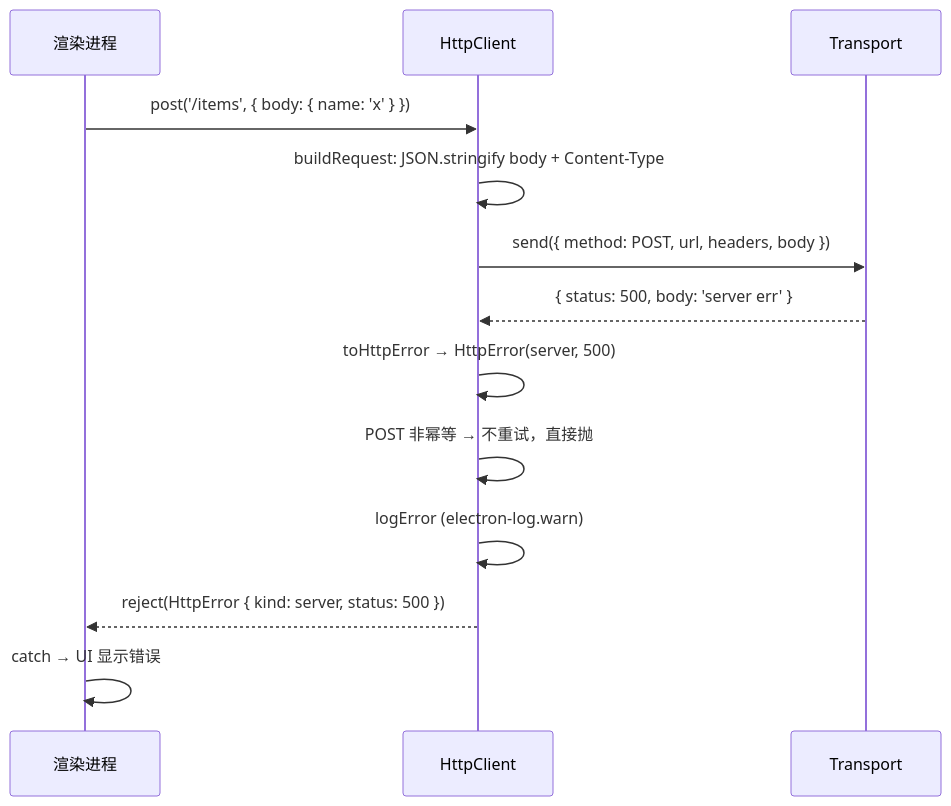
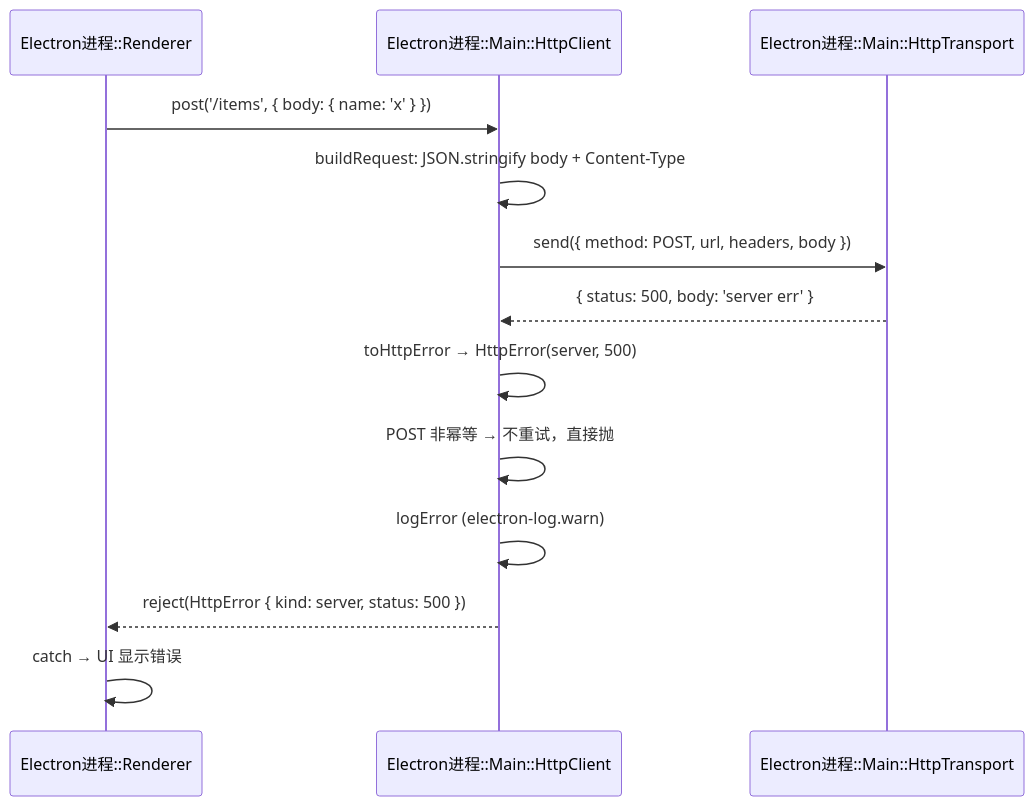
One commit to lupnfer/vue_with_csdk changed diagram 11 of 12 in docs/architecture-diagrams.md. Above: the diagram before and after it, drawn with Mermaid. The commit also changed other lines of this file, not shown here.

Commit message:
docs: 统一时序图 participant 命名为 Electron进程::模块 格式

````diff
--- a/docs/architecture-diagrams.md
+++ b/docs/architecture-diagrams.md
@@ -539,16 +539,16 @@
 ```mermaid
 sequenceDiagram
-    participant R as 渲染进程
-    participant H as HttpClient
-    participant T as Transport
+    participant R as Electron进程::Renderer
+    participant H as Electron进程::Main::HttpClient
+    participant T as Electron进程::Main::HttpTransport
 
     R->>H: post('/items', { body: { name: 'x' } })
     H->>H: buildRequest: JSON.stringify body + Content-Type
     H->>T: send({ method: POST, url, headers, body })
     T-->>H: { status: 500, body: 'server err' }
     H->>H: toHttpError → HttpError(server, 500)
     H->>H: POST 非幂等 → 不重试，直接抛
     H->>H: logError (electron-log.warn)
     H-->>R: reject(HttpError { kind: server, status: 500 })
     R->>R: catch → UI 显示错误
 ```
````
